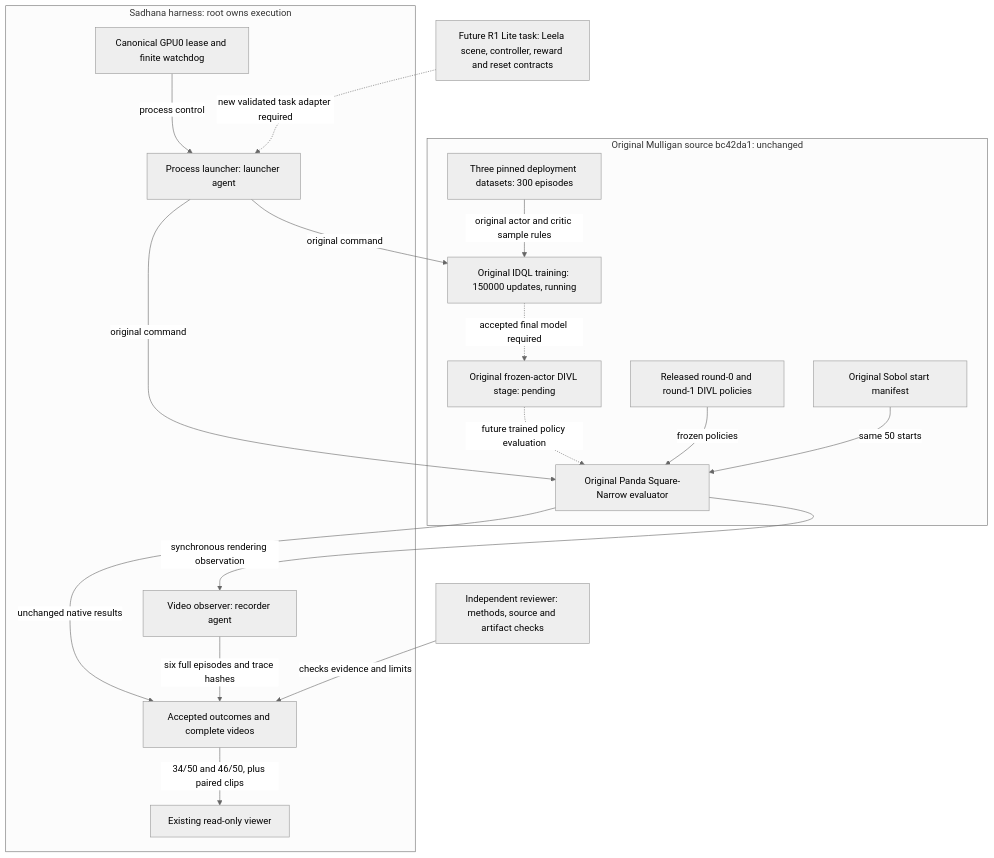
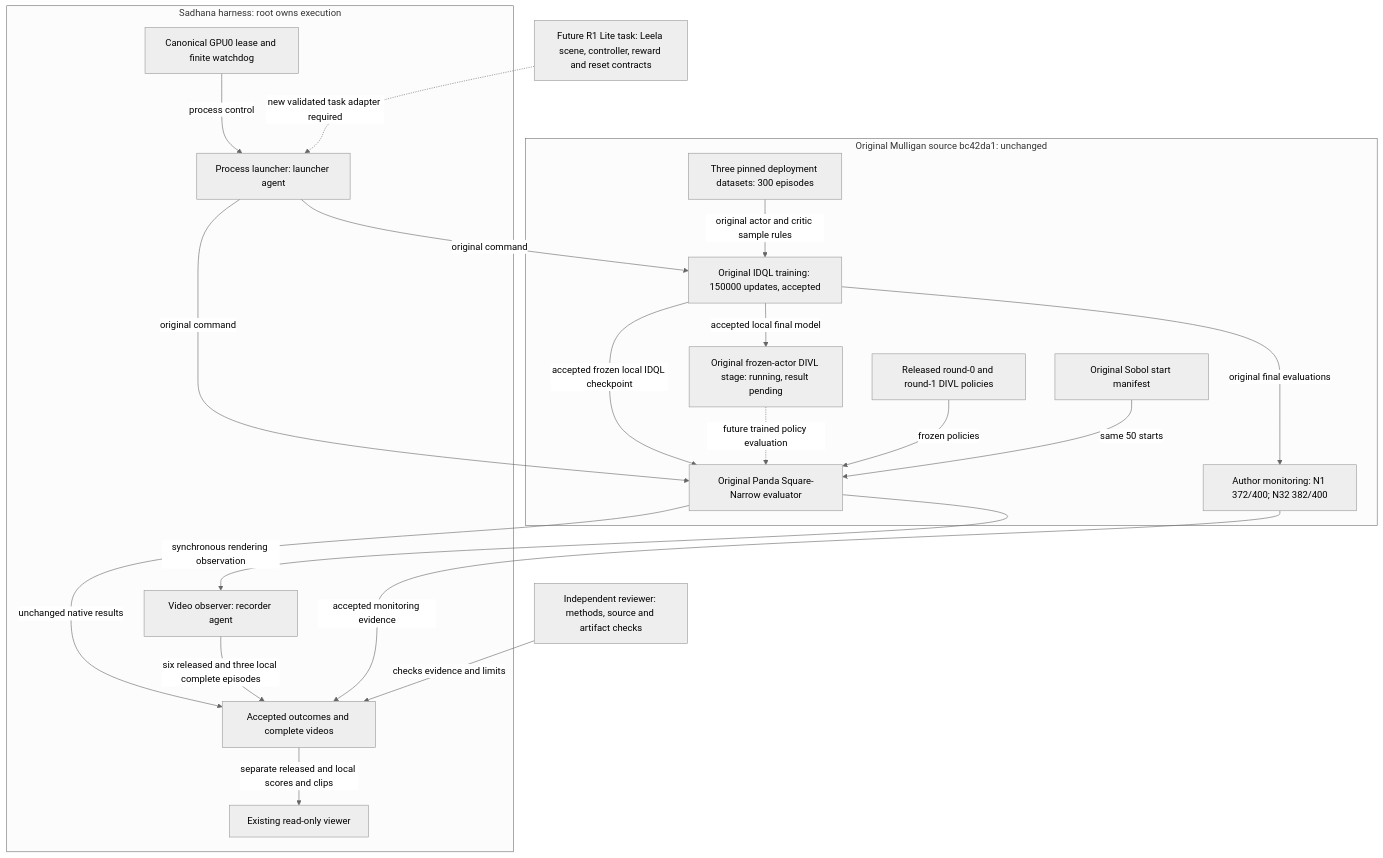
Before and after one commit to aditya9729/abc: the diagram in docs/bench/MULLIGAN_AUTHOR_EXPERIMENTS_20261013.mmd, drawn with Mermaid (neutral theme). The commit also changed 5 other files, not shown here.

Commit message:
Publish verified original Mulligan training scores and complete local videos

```diff
--- a/docs/bench/MULLIGAN_AUTHOR_EXPERIMENTS_20261013.mmd
+++ b/docs/bench/MULLIGAN_AUTHOR_EXPERIMENTS_20261013.mmd
@@ -1,32 +1,36 @@
 flowchart TD
     subgraph Author[Original Mulligan source bc42da1: unchanged]
         P[Released round-0 and round-1 DIVL policies]
         D[Three pinned deployment datasets: 300 episodes]
         G[Original Sobol start manifest]
-        L[Original IDQL training: 150000 updates, running]
-        V[Original frozen-actor DIVL stage: pending]
+        L[Original IDQL training: 150000 updates, accepted]
+        M[Author monitoring: N1 372/400; N32 382/400]
+        V[Original frozen-actor DIVL stage: running, result pending]
         E[Original Panda Square-Narrow evaluator]
         D -->|original actor and critic sample rules| L
-        L -. accepted final model required .-> V
+        L -->|original final evaluations| M
+        L -->|accepted frozen local IDQL checkpoint| E
+        L -->|accepted local final model| V
         V -. future trained policy evaluation .-> E
         P -->|frozen policies| E
         G -->|same 50 starts| E
     end
     subgraph Harness[Sadhana harness: root owns execution]
         J[Canonical GPU0 lease and finite watchdog]
         W[Process launcher: launcher agent]
         O[Video observer: recorder agent]
         R[Accepted outcomes and complete videos]
         UI[Existing read-only viewer]
         J -->|process control| W
         W -->|original command| L
         W -->|original command| E
         E -->|unchanged native results| R
         E -->|synchronous rendering observation| O
-        O -->|six full episodes and trace hashes| R
-        R -->|34/50 and 46/50, plus paired clips| UI
+        O -->|six released and three local complete episodes| R
+        R -->|separate released and local scores and clips| UI
     end
+    M -->|accepted monitoring evidence| R
     A[Independent reviewer: methods, source and artifact checks]
     A -->|checks evidence and limits| R
     T[Future R1 Lite task: Leela scene, controller, reward and reset contracts]
     T -. new validated task adapter required .-> W
```
